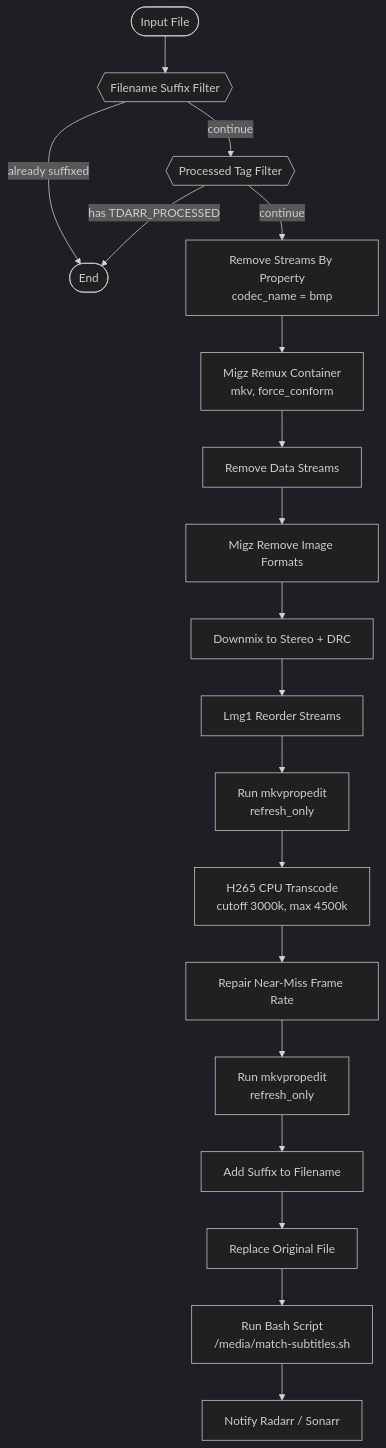
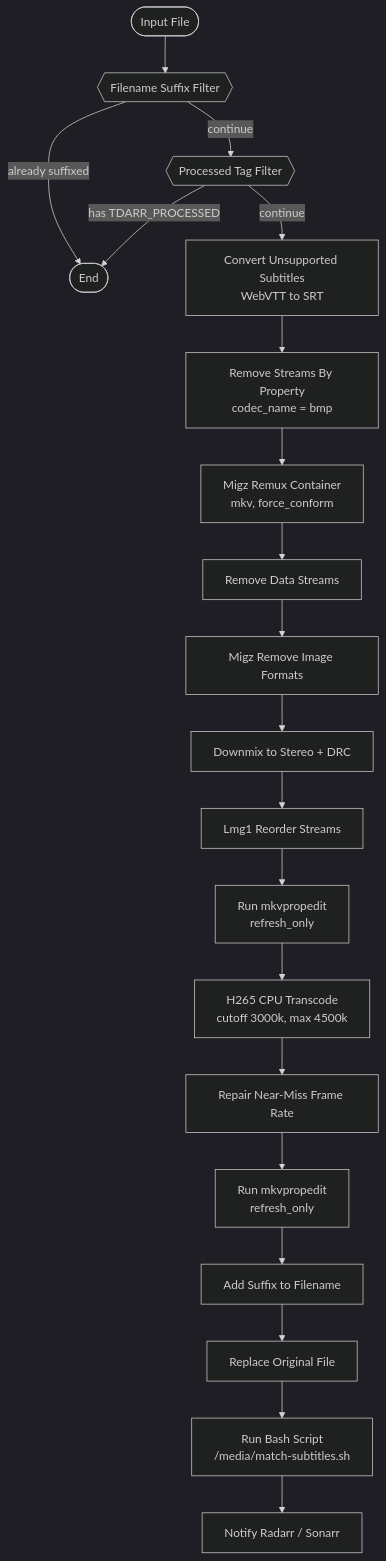
The diagram in README.md (The1nk/tdarr_plugins), drawn with Mermaid (dark theme) before and after one commit. The commit also changed other lines of this file and 1 other file, not shown here.

First line of the commit message:
Document the Convert Unsupported Subtitles plugin and tests

````diff
--- a/README.md
+++ b/README.md
@@ -21,21 +21,22 @@
 ```mermaid
 flowchart TD
     input([Input File]) --> f1{{Filename Suffix Filter}}
     f1 -- already suffixed --> stop([End])
     f1 -- continue --> f2{{Processed Tag Filter}}
     f2 -- has TDARR_PROCESSED --> stop
-    f2 -- continue --> t2[Remove Streams By Property<br/>codec_name = bmp]
+    f2 -- continue --> t1[Convert Unsupported Subtitles<br/>WebVTT to SRT]
+    t1 --> t2[Remove Streams By Property<br/>codec_name = bmp]
     t2 --> t3[Migz Remux Container<br/>mkv, force_conform]
     t3 --> t4[Remove Data Streams]
     t4 --> t5[Migz Remove Image Formats]
     t5 --> t7[Downmix to Stereo + DRC]
     t7 --> t8[Lmg1 Reorder Streams]
     t8 --> t8b[Run mkvpropedit<br/>refresh_only]
     t8b --> t9[H265 CPU Transcode<br/>cutoff 3000k, max 4500k]
     t9 --> t9b[Repair Near-Miss Frame Rate]
     t9b --> t9c[Run mkvpropedit<br/>refresh_only]
     t9c --> t10[Add Suffix to Filename]
     t10 --> replace[Replace Original File]
     replace --> p1[Run Bash Script<br/>/media/match-subtitles.sh]
     p1 --> p2[Notify Radarr / Sonarr]
 ```
````
